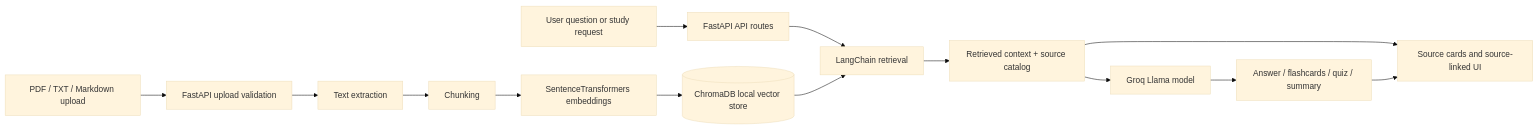
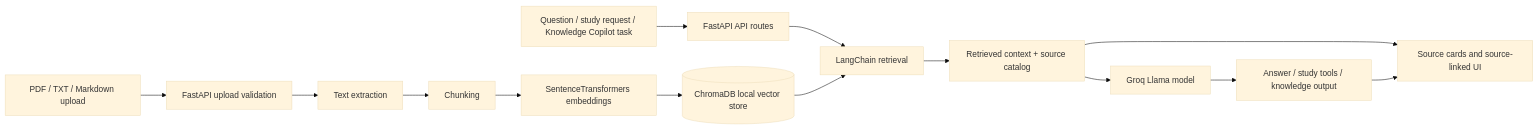
The diagram in README.md (berna-ahito/kroma), drawn with Mermaid (base theme) before and after one commit. The commit also changed other lines of this file, not shown here.

Commit message:
docs: update README for Knowledge Copilot

````diff
--- a/README.md
+++ b/README.md
@@ -63,17 +69,17 @@
 ```mermaid
 flowchart LR
     A[PDF / TXT / Markdown upload] --> B[FastAPI upload validation]
     B --> C[Text extraction]
     C --> D[Chunking]
     D --> E[SentenceTransformers embeddings]
     E --> F[(ChromaDB local vector store)]
 
-    G[User question or study request] --> H[FastAPI API routes]
+    G[Question / study request / Knowledge Copilot task] --> H[FastAPI API routes]
     H --> I[LangChain retrieval]
     F --> I
     I --> J[Retrieved context + source catalog]
     J --> K[Groq Llama model]
-    K --> L[Answer / flashcards / quiz / summary]
+    K --> L[Answer / study tools / knowledge output]
     J --> M[Source cards and source-linked UI]
     L --> M
 ```
````
